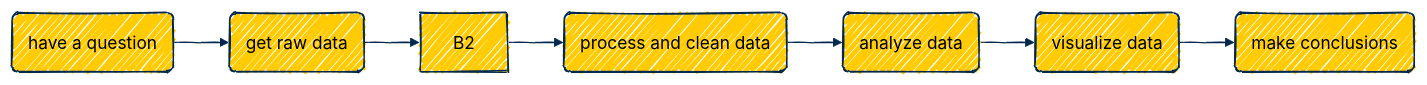
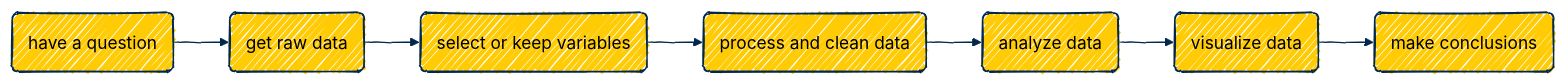
One commit to agrogan1/Stata changed the diagram in do-files/README.md. Above: the diagram before and after it, drawn with Mermaid.

````diff
--- a/do-files/README.md
+++ b/do-files/README.md
@@ -3,26 +3,26 @@
 ```mermaid
 %%{
   init: {
     'theme': 'base',
     'look': 'handDrawn',
     'themeVariables': {
       'primaryColor': '#FFCB05',
       'primaryTextColor': '#000000',
       'primaryBorderColor': '#00274C',
       'lineColor': '#00274C',
       'secondaryColor': '#00274C',
       'secondaryTextColor': '#000000',
       'tertiaryColor': '#F2F2F2',
       'tertiaryBorderColor': '#00274C'
     }
   }
 }%%
 
 flowchart LR
   A(have a question) --> B(get raw data)
-  B --> B2
+  B --> B2(select or keep variables)
   B2 --> C(process and clean data) 
   C --> D(analyze data)
   D --> E(visualize data)
   E --> F(make conclusions)
 ```
````
